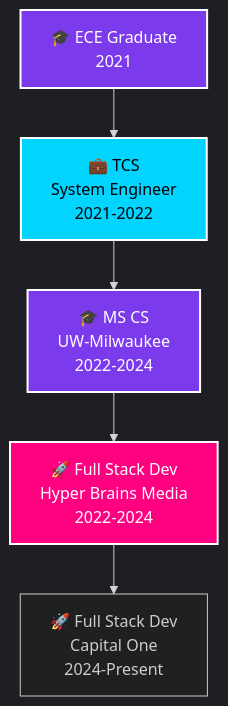
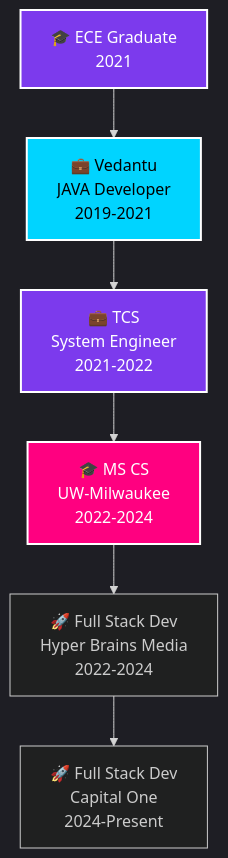
One commit to ShreyaAdla/ShreyaAdla changed the diagram in README.md. Above: the diagram before and after it, drawn with Mermaid.

````diff
--- a/README.md
+++ b/README.md
@@ -68,13 +68,14 @@
 ```mermaid
 %%{init: {'theme':'dark'}}%%
 graph TD
-    A[🎓 ECE Graduate<br/>2021] --> B[💼 TCS<br/>System Engineer<br/>2021-2022]
-    B --> C[🎓 MS CS<br/>UW-Milwaukee<br/>2022-2024]
-    C --> D[🚀 Full Stack Dev<br/>Hyper Brains Media<br/>2022-2024]
-    D --> E[🚀 Full Stack Dev<br/>Capital One<br/>2024-Present]
+    A[🎓 ECE Graduate<br/>2021] --> B[💼 Vedantu<br/>JAVA Developer<br/>2019-2021]
+    B --> C[💼 TCS<br/>System Engineer<br/>2021-2022]
+    C --> D[🎓 MS CS<br/>UW-Milwaukee<br/>2022-2024]
+    D --> E[🚀 Full Stack Dev<br/>Hyper Brains Media<br/>2022-2024]
+    E --> F[🚀 Full Stack Dev<br/>Capital One<br/>2024-Present]
     
     style A fill:#7c3aed,stroke:#fff,stroke-width:2px,color:#fff
     style B fill:#00d4ff,stroke:#fff,stroke-width:2px,color:#000
     style C fill:#7c3aed,stroke:#fff,stroke-width:2px,color:#fff
     style D fill:#ff0080,stroke:#fff,stroke-width:2px,color:#fff
 ```
````
